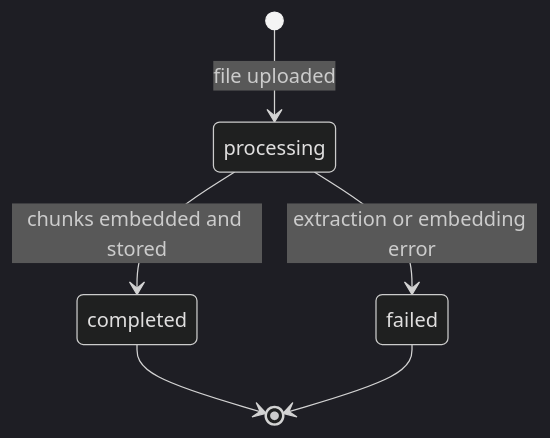
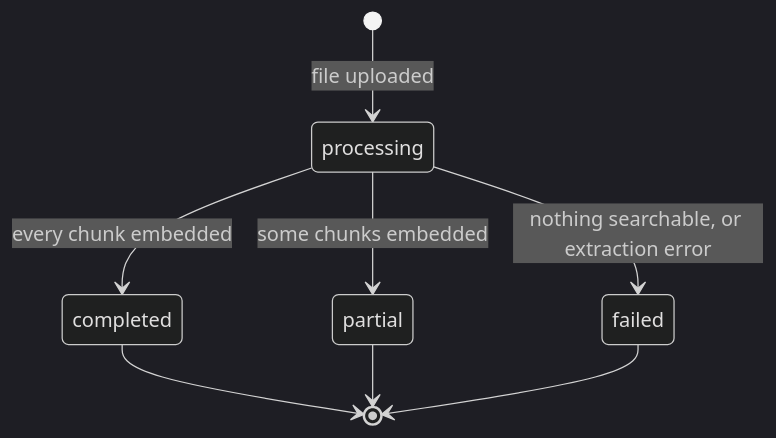
Diagram 17 of 24 in docs/current/08-memory-and-cortex.md (gondolerahul/hire-buddha-app), drawn with Mermaid (dark theme) before and after one commit. The commit also changed other lines of this file and 5 other files, not shown here.

````diff
--- a/docs/current/08-memory-and-cortex.md
+++ b/docs/current/08-memory-and-cortex.md
@@ -1042,8 +1035,10 @@
 ```mermaid
 stateDiagram-v2
     [*] --> processing: file uploaded
-    processing --> completed: chunks embedded and stored
-    processing --> failed: extraction or embedding error
+    processing --> completed: every chunk embedded
+    processing --> partial: some chunks embedded
+    processing --> failed: nothing searchable, or extraction error
     completed --> [*]
+    partial --> [*]
     failed --> [*]
 ```
````
